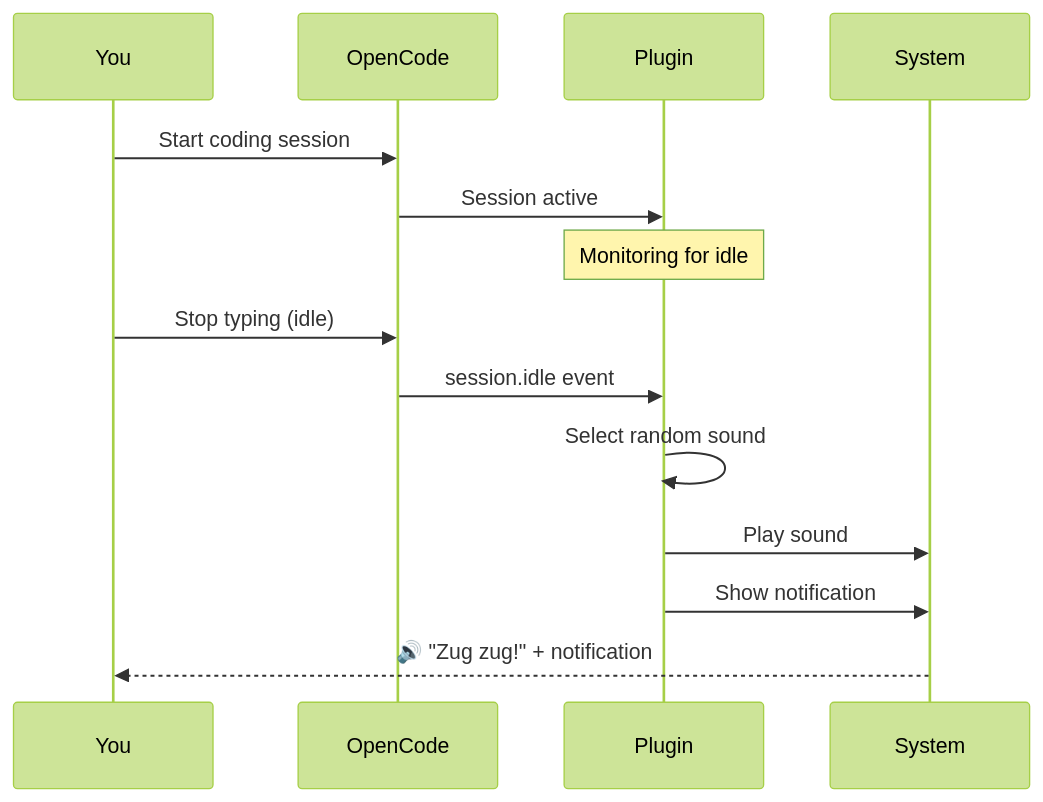
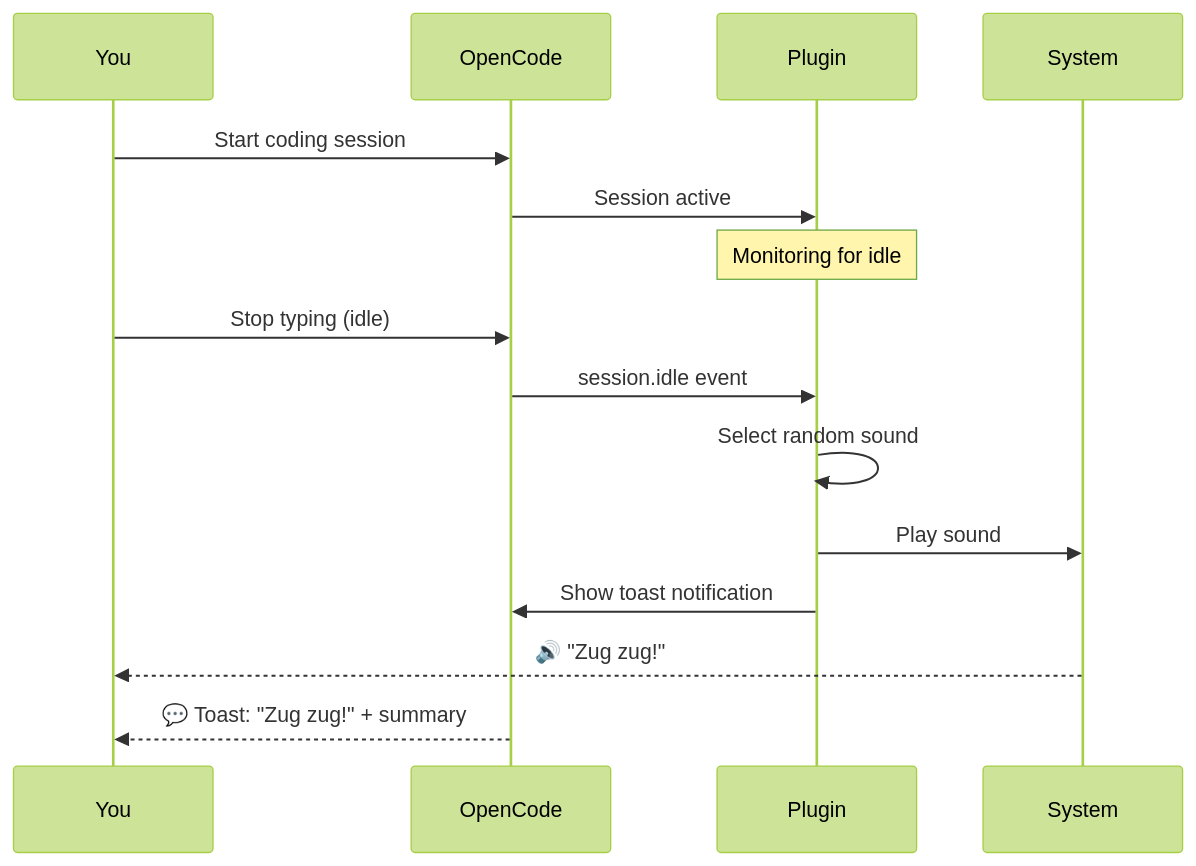
Before and after one commit to pantheon-org/opencode-warcraft-notifications: the diagram in docs/src/content/docs/user-guide.md, drawn with Mermaid (forest theme). The commit also changed other lines of this file and 42 other files, not shown here.

First line of the commit message:
feat: add UI toast notifications and improve code quality (#66)

````diff
--- a/docs/src/content/docs/user-guide.md
+++ b/docs/src/content/docs/user-guide.md
@@ -241,18 +295,19 @@
 ```mermaid
 sequenceDiagram
     participant You
     participant OpenCode
     participant Plugin
     participant System
 
     You->>OpenCode: Start coding session
     OpenCode->>Plugin: Session active
     Note over Plugin: Monitoring for idle
 
     You->>OpenCode: Stop typing (idle)
     OpenCode->>Plugin: session.idle event
     Plugin->>Plugin: Select random sound
     Plugin->>System: Play sound
-    Plugin->>System: Show notification
-    System-->>You: 🔊 "Zug zug!" + notification
+    Plugin->>OpenCode: Show toast notification
+    System-->>You: 🔊 "Zug zug!"
+    OpenCode-->>You: 💬 Toast: "Zug zug!" + summary
 ```
````
